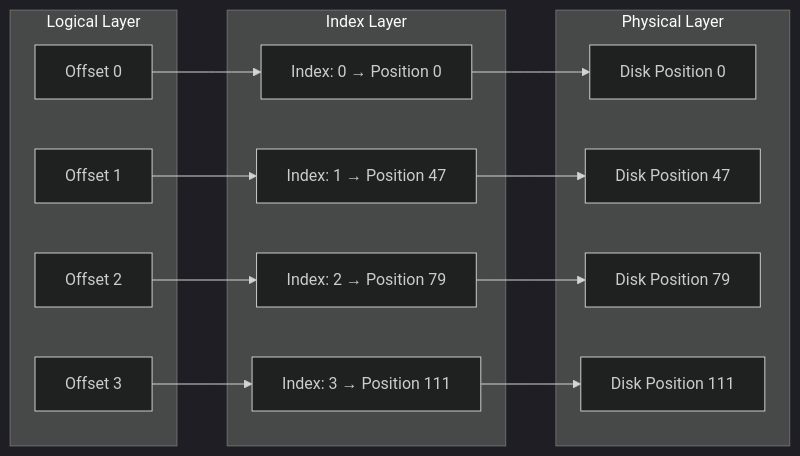
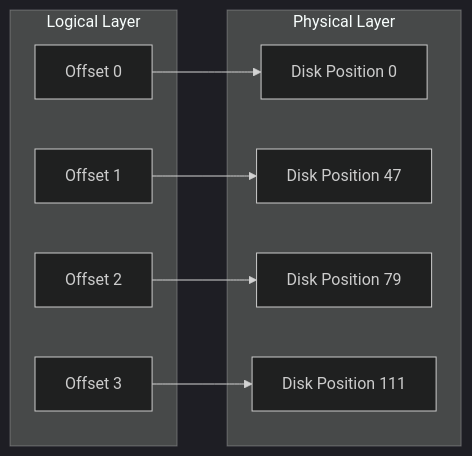
Before and after one commit to Mahmoud02/Lynxes: the fourth of 8 diagrams in README.md, drawn with Mermaid (dark theme). The commit also changed other lines of this file and 1 other file, not shown here.

First line of the commit message:
Update README.md and dashboard.html to reflect system rebranding and architecture enhancements

````diff
--- a/README.md
+++ b/README.md
@@ -215,33 +247,21 @@
 ```mermaid
 graph LR
     subgraph "Logical Layer"
         Offset0[Offset 0]
         Offset1[Offset 1] 
         Offset2[Offset 2]
         Offset3[Offset 3]
     end
     
-    subgraph "Index Layer"
-        Index0[Index: 0 → Position 0]
-        Index1[Index: 1 → Position 47]
-        Index2[Index: 2 → Position 79]
-        Index3[Index: 3 → Position 111]
-    end
-    
     subgraph "Physical Layer"
         Disk0[Disk Position 0]
         Disk1[Disk Position 47]
         Disk2[Disk Position 79]
         Disk3[Disk Position 111]
     end
     
-    Offset0 --> Index0
-    Offset1 --> Index1
-    Offset2 --> Index2
-    Offset3 --> Index3
-    
-    Index0 --> Disk0
-    Index1 --> Disk1
-    Index2 --> Disk2
-    Index3 --> Disk3
+    Offset0 --> Disk0
+    Offset1 --> Disk1
+    Offset2 --> Disk2
+    Offset3 --> Disk3
 ```
````
